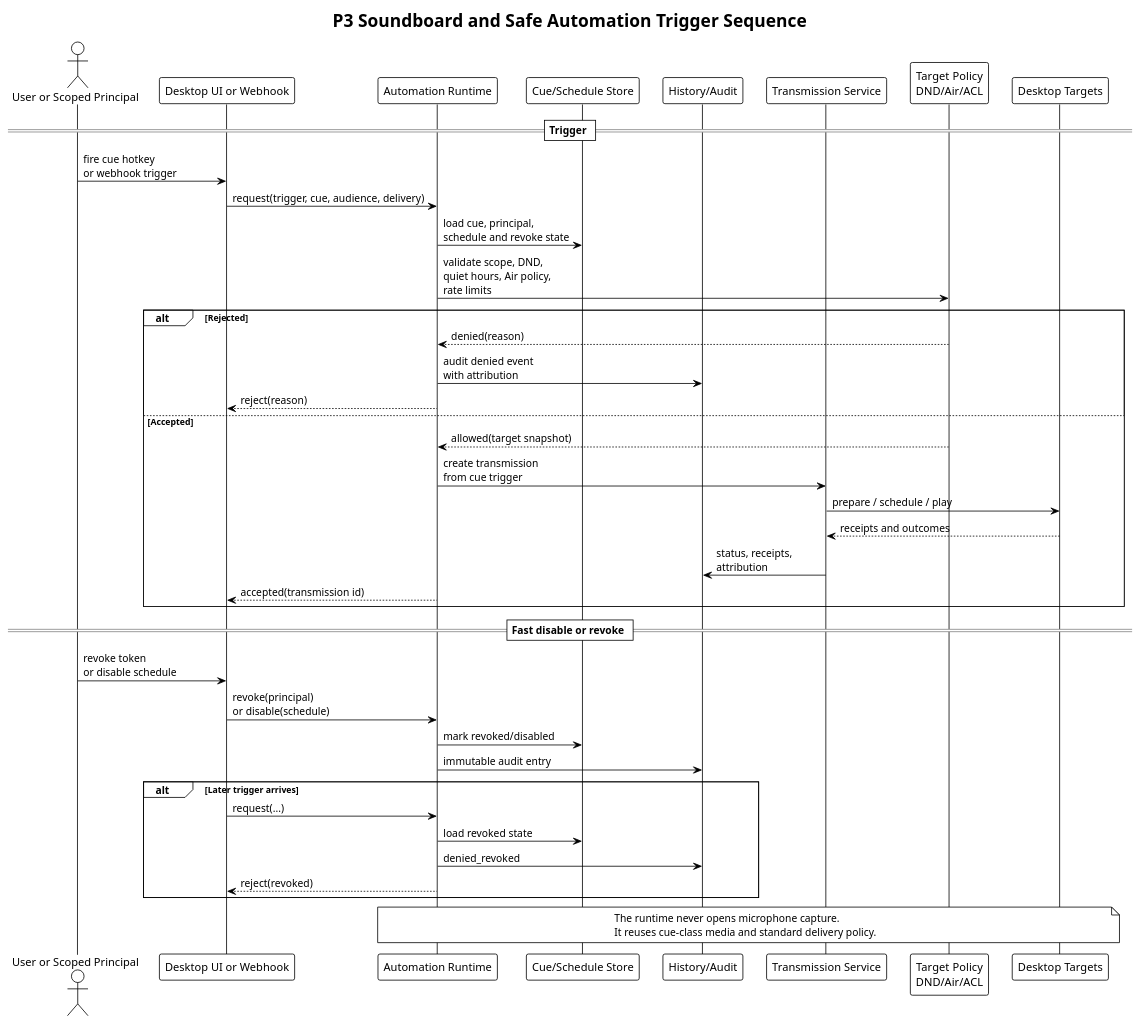
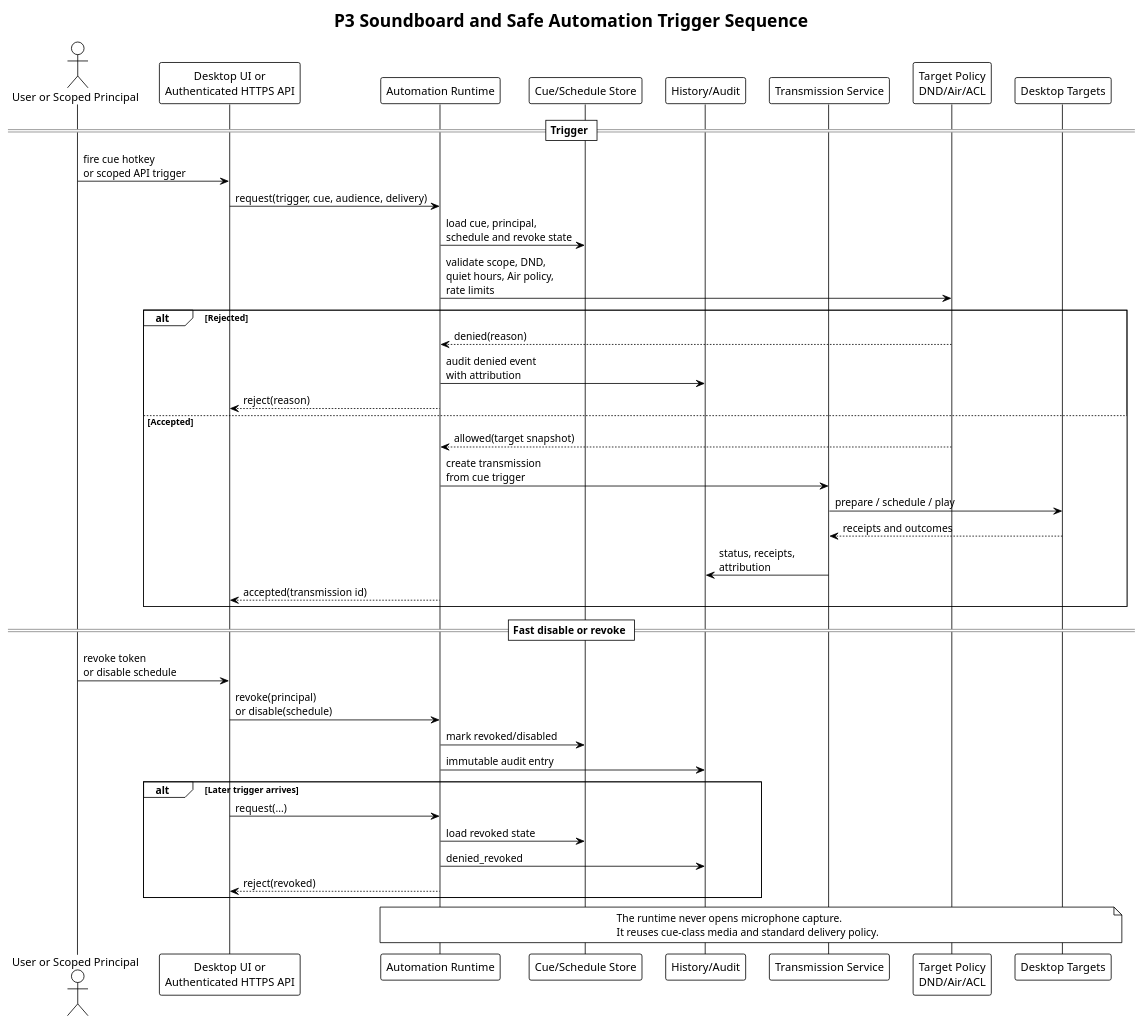
Before and after one commit to relux-works/barycenter: the diagram in docs/diagrams/p3-soundboard-automation-sequence.puml, drawn with PlantUML. The commit also changed 5 other files, not shown here.

Commit message:
feat(automation): freeze safe cue trigger contract (#203)

```diff
--- a/docs/diagrams/p3-soundboard-automation-sequence.puml
+++ b/docs/diagrams/p3-soundboard-automation-sequence.puml
@@ -1,52 +1,52 @@
 @startuml
 !theme plain
 
 title P3 Soundboard and Safe Automation Trigger Sequence
 
 actor "User or Scoped Principal" as Actor
-participant "Desktop UI or Webhook" as Surface
+participant "Desktop UI or\nAuthenticated HTTPS API" as Surface
 participant "Automation Runtime" as Runtime
 participant "Cue/Schedule Store" as Store
 participant "History/Audit" as History
 participant "Transmission Service" as Tx
 participant "Target Policy\nDND/Air/ACL" as Policy
 participant "Desktop Targets" as Targets
 
 == Trigger ==
-Actor -> Surface: fire cue hotkey\nor webhook trigger
+Actor -> Surface: fire cue hotkey\nor scoped API trigger
 Surface -> Runtime: request(trigger, cue, audience, delivery)
 Runtime -> Store: load cue, principal,\nschedule and revoke state
 Runtime -> Policy: validate scope, DND,\nquiet hours, Air policy,\nrate limits
 
 alt Rejected
   Policy --> Runtime: denied(reason)
   Runtime -> History: audit denied event\nwith attribution
   Runtime --> Surface: reject(reason)
 else Accepted
   Policy --> Runtime: allowed(target snapshot)
   Runtime -> Tx: create transmission\nfrom cue trigger
   Tx -> Targets: prepare / schedule / play
   Targets --> Tx: receipts and outcomes
   Tx -> History: status, receipts,\nattribution
   Runtime --> Surface: accepted(transmission id)
 end
 
 == Fast disable or revoke ==
 Actor -> Surface: revoke token\nor disable schedule
 Surface -> Runtime: revoke(principal)\nor disable(schedule)
 Runtime -> Store: mark revoked/disabled
 Runtime -> History: immutable audit entry
 
 alt Later trigger arrives
   Surface -> Runtime: request(...)
   Runtime -> Store: load revoked state
   Runtime -> History: denied_revoked
   Runtime --> Surface: reject(revoked)
 end
 
 note over Runtime,Targets
   The runtime never opens microphone capture.
   It reuses cue-class media and standard delivery policy.
 end note
 
 @enduml
```
